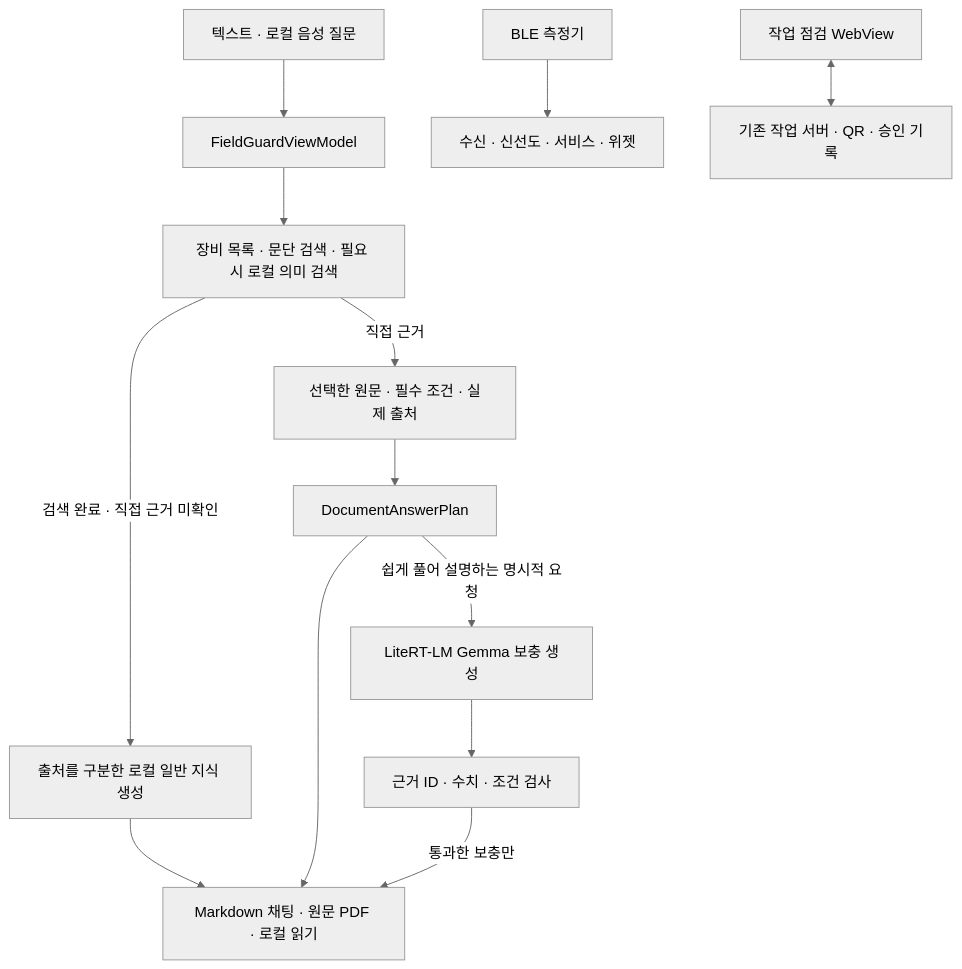
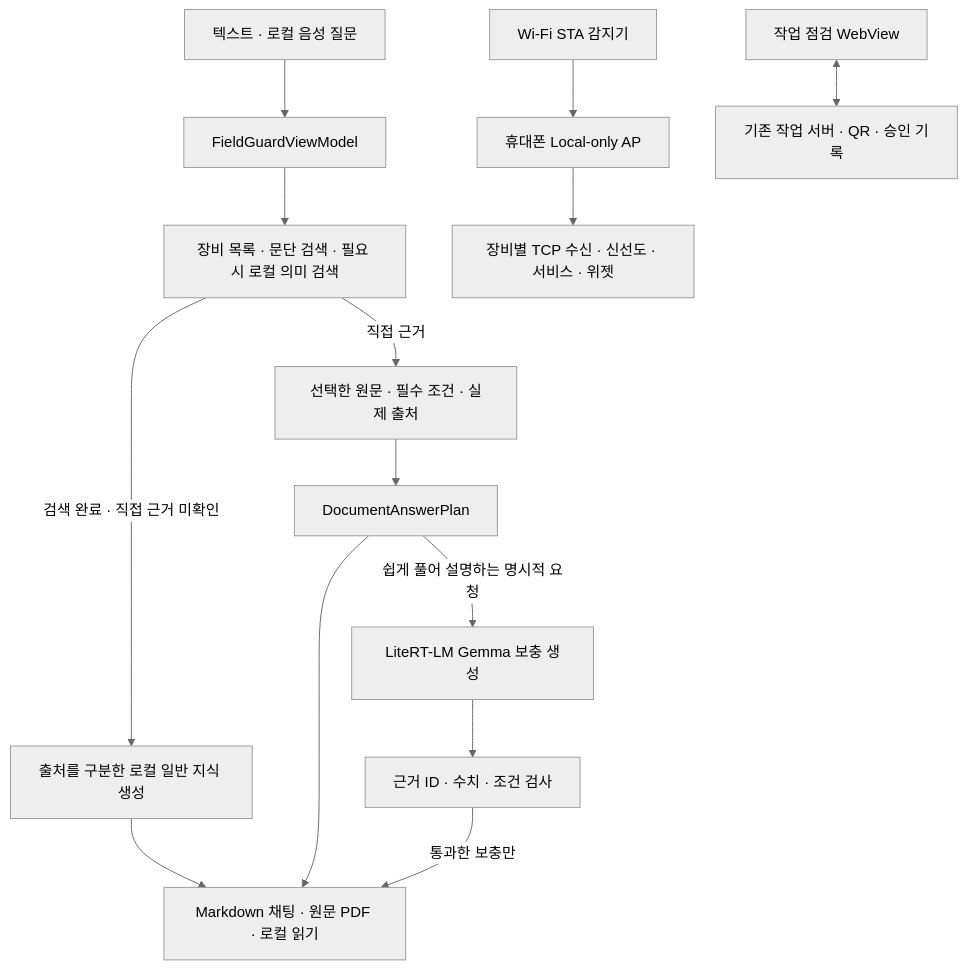
One commit to minyook/HybridTech changed the diagram in README.md. Above: the diagram before and after it, drawn with Mermaid (neutral theme). The commit also changed other lines of this file and 30 other files, not shown here.

Commit message:
feat(android): replace BLE with local Wi-Fi AP sensor receiver

````diff
--- a/README.md
+++ b/README.md
@@ -62,15 +64,16 @@
 ```mermaid
 flowchart TD
   Q[텍스트 · 로컬 음성 질문] --> VM[FieldGuardViewModel]
   VM --> R[장비 목록 · 문단 검색 · 필요 시 로컬 의미 검색]
   R -->|직접 근거| D[선택한 원문 · 필수 조건 · 실제 출처]
   R -->|검색 완료 · 직접 근거 미확인| K[출처를 구분한 로컬 일반 지식 생성]
   K --> UI
   D --> P[DocumentAnswerPlan]
   P --> UI[Markdown 채팅 · 원문 PDF · 로컬 읽기]
   P -->|쉽게 풀어 설명하는 명시적 요청| AI[LiteRT-LM Gemma 보충 생성]
   AI --> V[근거 ID · 수치 · 조건 검사]
   V -->|통과한 보충만| UI
-  B[BLE 측정기] --> G[수신 · 신선도 · 서비스 · 위젯]
+  B[Wi-Fi STA 감지기] --> AP[휴대폰 Local-only AP]
+  AP --> G[장비별 TCP 수신 · 신선도 · 서비스 · 위젯]
   W[작업 점검 WebView] <--> S[기존 작업 서버 · QR · 승인 기록]
 ```
````
